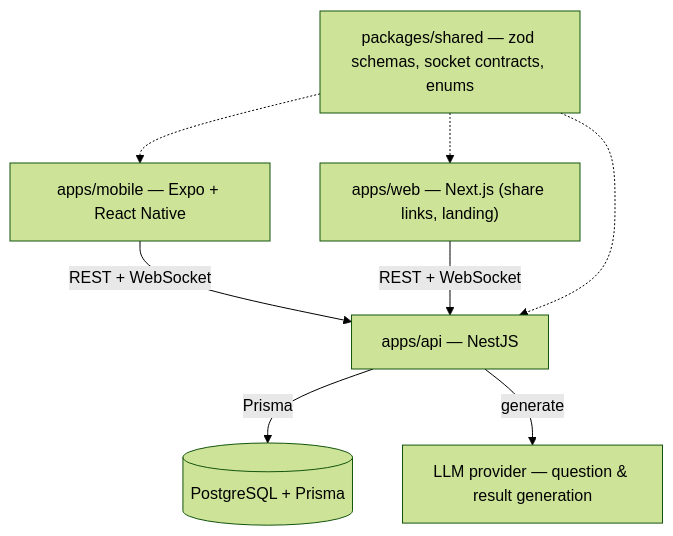
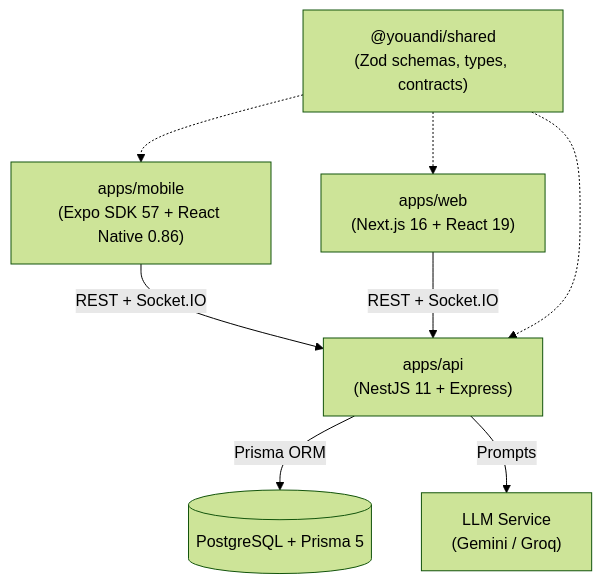
One commit to Parvsharma04/you-i changed the diagram in README.md. Above: the diagram before and after it, drawn with Mermaid (forest theme). The commit also changed other lines of this file, not shown here.

````diff
--- a/README.md
+++ b/README.md
@@ -69,17 +69,17 @@
 ```mermaid
 graph TD
-    Mobile["apps/mobile — Expo + React Native"]
-    Web["apps/web — Next.js (share links, landing)"]
-    API["apps/api — NestJS"]
-    DB[("PostgreSQL + Prisma")]
-    LLM["LLM provider — question & result generation"]
-    Shared["packages/shared — zod schemas, socket contracts, enums"]
+    Mobile["apps/mobile<br/>(Expo SDK 57 + React Native 0.86)"]
+    Web["apps/web<br/>(Next.js 16 + React 19)"]
+    API["apps/api<br/>(NestJS 11 + Express)"]
+    DB[("PostgreSQL + Prisma 5")]
+    LLM["LLM Service<br/>(Gemini / Groq)"]
+    Shared["@youandi/shared<br/>(Zod schemas, types, contracts)"]
 
-    Mobile -- REST + WebSocket --> API
-    Web -- REST + WebSocket --> API
-    API -- Prisma --> DB
-    API -- generate --> LLM
+    Mobile -- REST + Socket.IO --> API
+    Web -- REST + Socket.IO --> API
+    API -- Prisma ORM --> DB
+    API -- Prompts --> LLM
     Shared -.-> Mobile
     Shared -.-> Web
     Shared -.-> API
 ```
````
